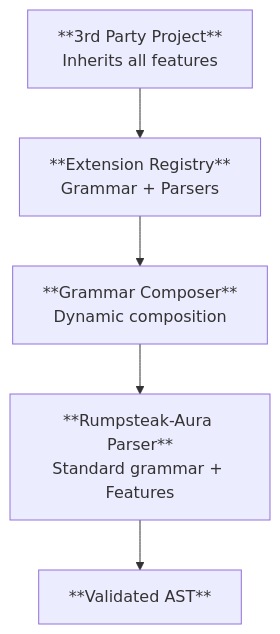
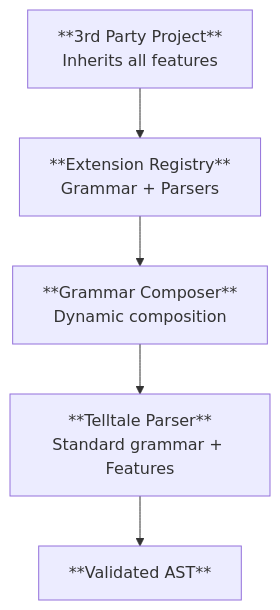
One commit to hxrts/telltale changed the diagram in docs/11_syntax_extensions.md. Above: the diagram before and after it, drawn with Mermaid. The commit also changed other lines of this file and 531 other files, not shown here.

Commit message:
Rename project from rumpsteak-aura to telltale

````diff
--- a/docs/11_syntax_extensions.md
+++ b/docs/11_syntax_extensions.md
@@ -15,13 +15,13 @@
 ```mermaid
 graph TD
     A["**3rd Party Project**<br/>Inherits all features"]
     B["**Extension Registry**<br/>Grammar + Parsers"]
     C["**Grammar Composer**<br/>Dynamic composition"]
-    D["**Rumpsteak-Aura Parser**<br/>Standard grammar + Features"]
+    D["**Telltale Parser**<br/>Standard grammar + Features"]
     E["**Validated AST**"]
     
     A --> B
     B --> C
     C --> D
     D --> E
 ```
````
